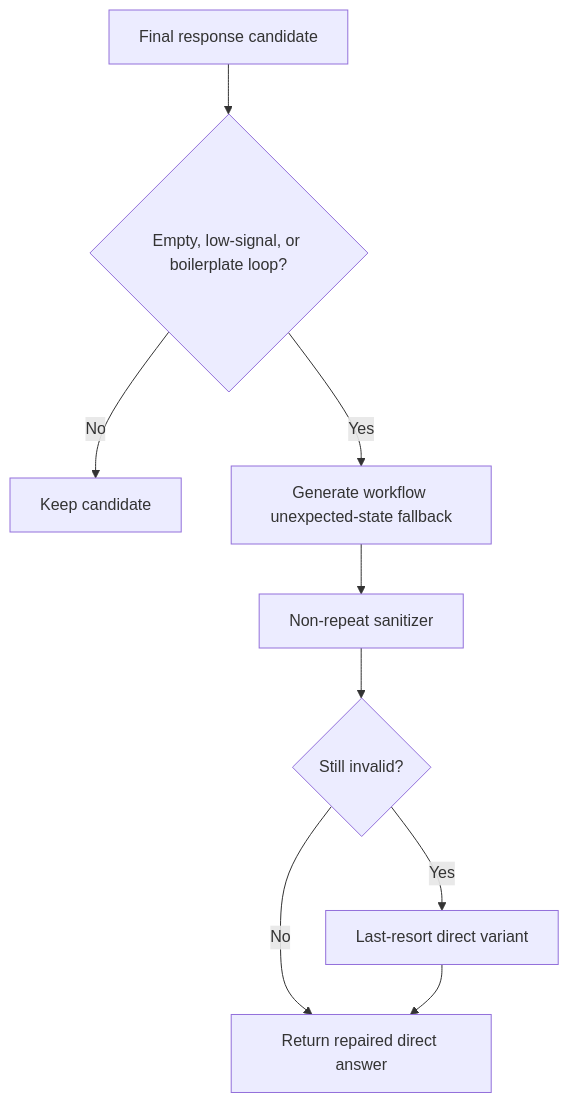
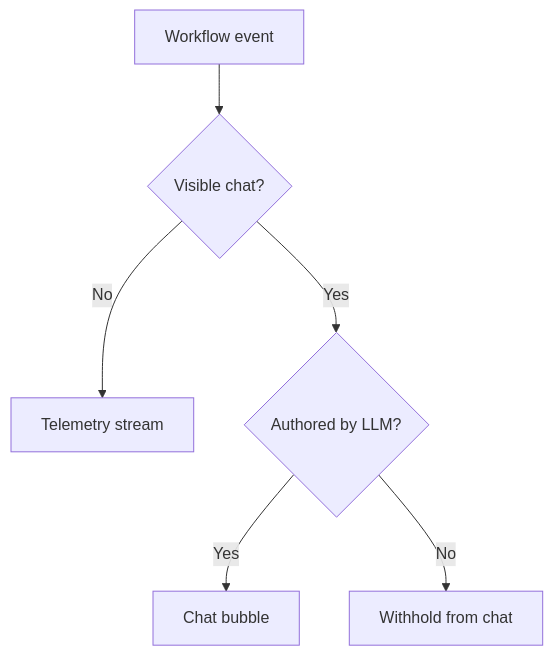
The third of 4 diagrams in docs/workspace/orchestration_workflow_maps.md (jakerslam/protheus), drawn with Mermaid before and after one commit. The commit also changed other lines of this file and 258 other files, not shown here.

````diff
--- a/docs/workspace/orchestration_workflow_maps.md
+++ b/docs/workspace/orchestration_workflow_maps.md
@@ -44,11 +38,8 @@
 ```mermaid
 flowchart TD
-    A[Final response candidate] --> B{Empty, low-signal, or boilerplate loop?}
-    B -->|No| C[Keep candidate]
-    B -->|Yes| D[Generate workflow unexpected-state fallback]
-    D --> E[Non-repeat sanitizer]
-    E --> F{Still invalid?}
-    F -->|No| G[Return repaired direct answer]
-    F -->|Yes| H[Last-resort direct variant]
-    H --> G
+    A[Workflow event] --> B{Visible chat?}
+    B -->|No| C[Telemetry stream]
+    B -->|Yes| D{Authored by LLM?}
+    D -->|Yes| E[Chat bubble]
+    D -->|No| F[Withhold from chat]
 ```
````
